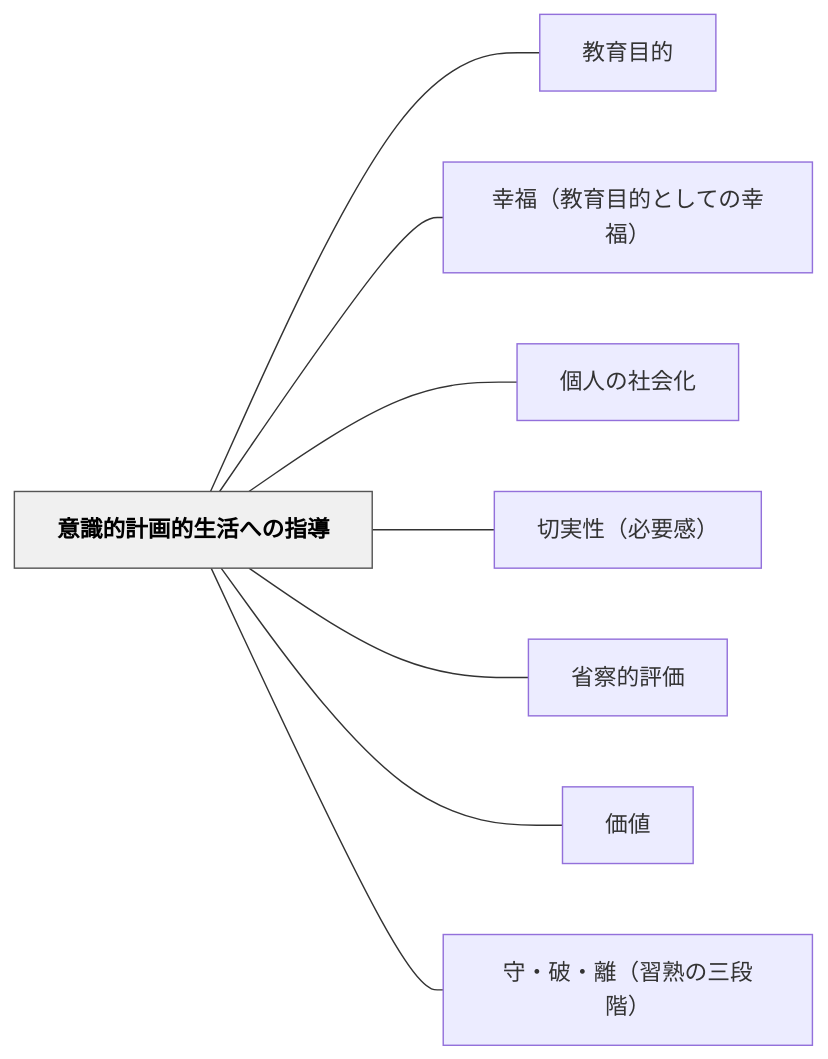
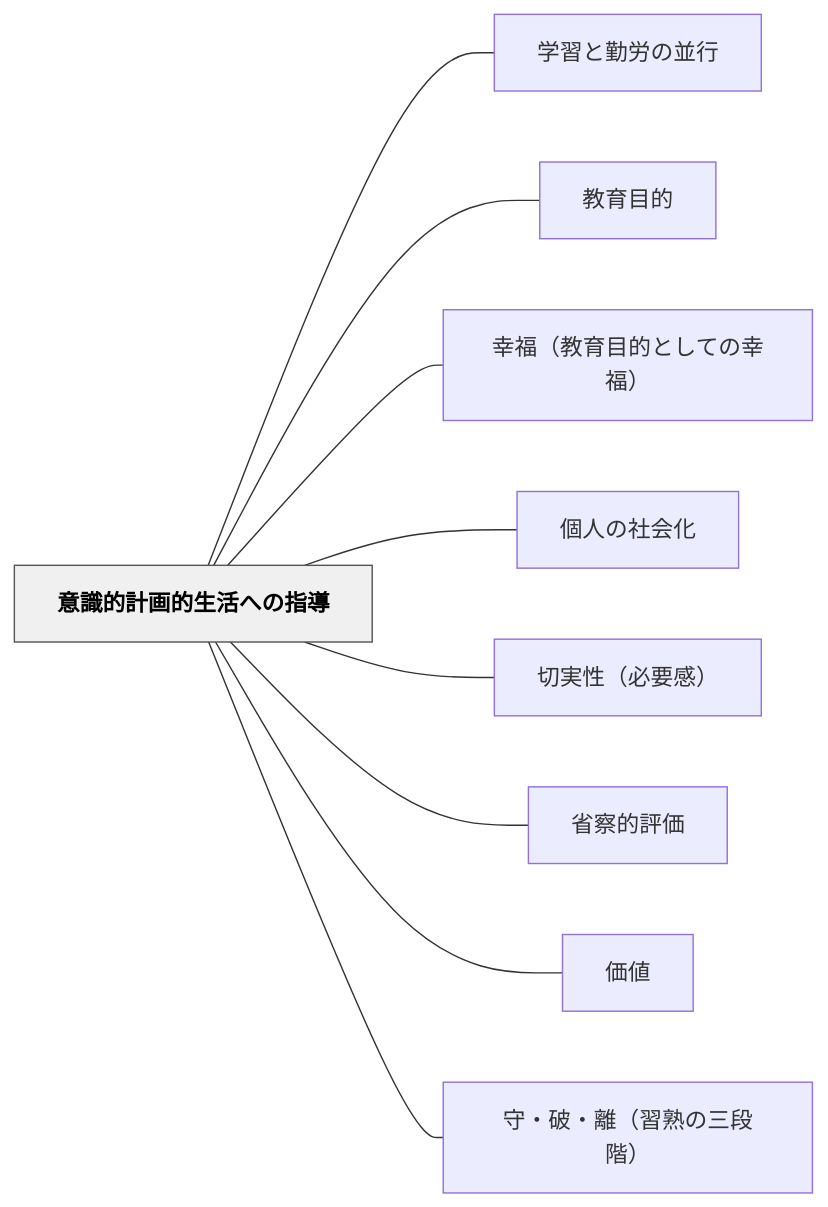
The diagram in content/パタン/意識的計画的生活への指導.md (unknownthings-ed-patterns/unknownthings-ed-patterns), drawn with Mermaid before and after one commit. The commit also changed other lines of this file and 473 other files, not shown here.

````diff
--- a/content/パタン/意識的計画的生活への指導.md
+++ b/content/パタン/意識的計画的生活への指導.md
@@ -103,22 +104,24 @@
 ```mermaid
 flowchart LR
     ne6848fe8ad98["意識的計画的生活への指導"]
+    ne5ada6e7bf92["学習と勤労の並行"]
     ne69599e882b2["教育目的"]
     ne5b9b8e7a68f["幸福（教育目的としての幸福）"]
     ne5808be4baba["個人の社会化"]
     ne58887e5ae9f["切実性（必要感）"]
     ne79c81e5af9f["省察的評価"]
     ne4bea1e580a4["価値"]
     ne5ae88e383bb["守・破・離（習熟の三段階）"]
 
+    ne6848fe8ad98 --- ne5ada6e7bf92
     ne6848fe8ad98 --- ne69599e882b2
     ne6848fe8ad98 --- ne5b9b8e7a68f
     ne6848fe8ad98 --- ne5808be4baba
     ne6848fe8ad98 --- ne58887e5ae9f
     ne6848fe8ad98 --- ne79c81e5af9f
     ne6848fe8ad98 --- ne4bea1e580a4
     ne6848fe8ad98 --- ne5ae88e383bb
 
     classDef hub fill:#f0f0f0,stroke:#555,color:#000,font-weight:bold
     class ne6848fe8ad98 hub
 ```
````
